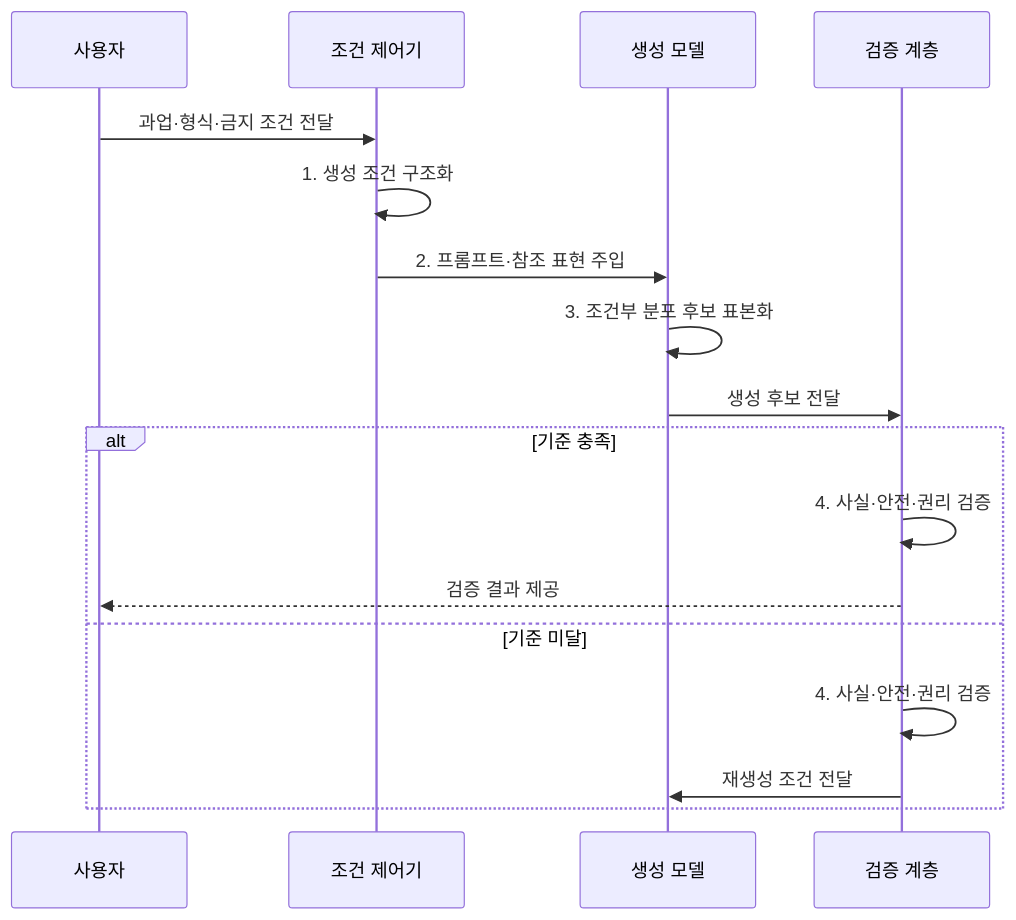
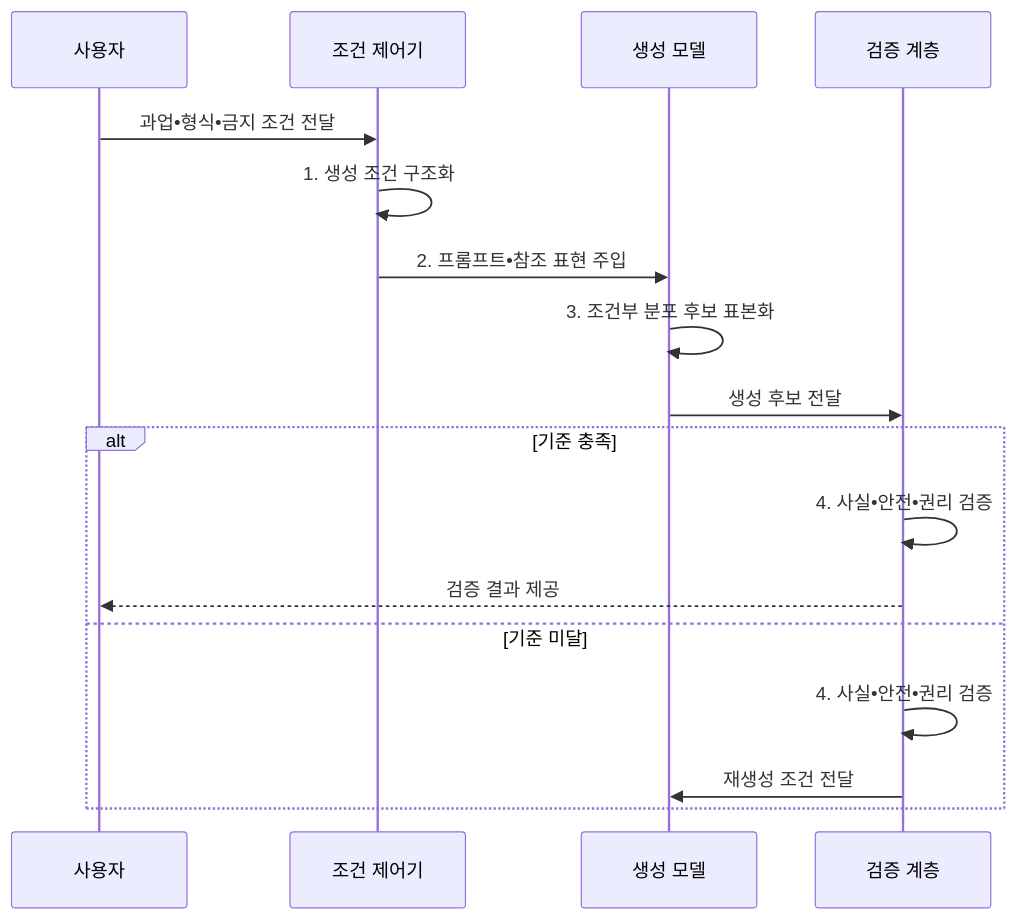
The second of 2 diagrams in src/content/docs/notes/08-latest-tech/025_generative_ai.md (agnusdei1207/knowledge-base), drawn with Mermaid before and after one commit. The commit also changed other lines of this file and 953 other files, not shown here.

````diff
--- a/src/content/docs/notes/08-latest-tech/025_generative_ai.md
+++ b/src/content/docs/notes/08-latest-tech/025_generative_ai.md
@@ -104,19 +104,19 @@
 ```mermaid
 sequenceDiagram
     participant U as 사용자
     participant C as 조건 제어기
     participant M as 생성 모델
     participant V as 검증 계층
-    U->>C: 과업·형식·금지 조건 전달
+    U->>C: 과업•형식•금지 조건 전달
     C->>C: 1. 생성 조건 구조화
-    C->>M: 2. 프롬프트·참조 표현 주입
+    C->>M: 2. 프롬프트•참조 표현 주입
     M->>M: 3. 조건부 분포 후보 표본화
     M->>V: 생성 후보 전달
     alt 기준 충족
-        V->>V: 4. 사실·안전·권리 검증
+        V->>V: 4. 사실•안전•권리 검증
         V-->>U: 검증 결과 제공
     else 기준 미달
-        V->>V: 4. 사실·안전·권리 검증
+        V->>V: 4. 사실•안전•권리 검증
         V->>M: 재생성 조건 전달
     end
 ```
````
